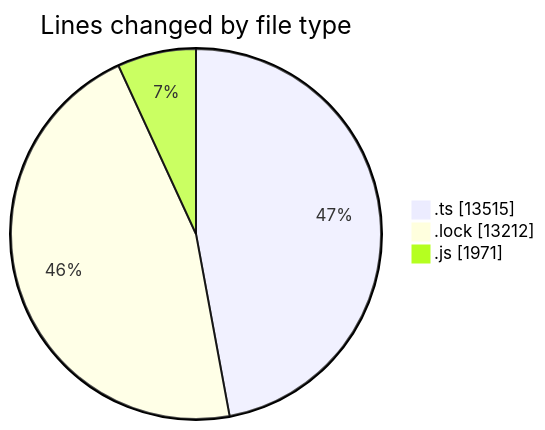
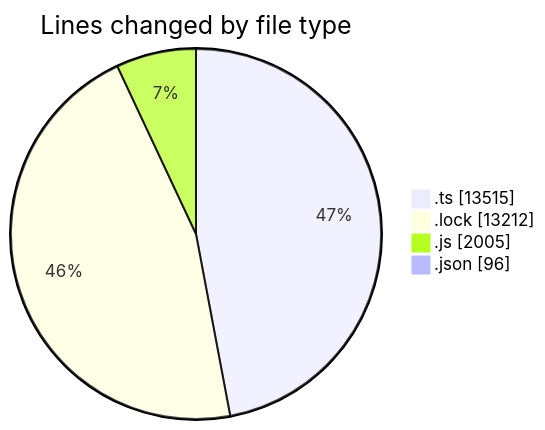
Before and after one commit to momahboobian/code-tracking: the first of 2 diagrams in 2025-05-16/cda/README.md, drawn with Mermaid. The commit also changed other lines of this file and 1 other file, not shown here.

````diff
--- a/2025-05-16/cda/README.md
+++ b/2025-05-16/cda/README.md
@@ -29,7 +30,8 @@
 ```mermaid
 pie showData
 title Lines changed by file type
 ".ts" : 13515
 ".lock" : 13212
-".js" : 1971
+".js" : 2005
+".json" : 96
 ```
````
